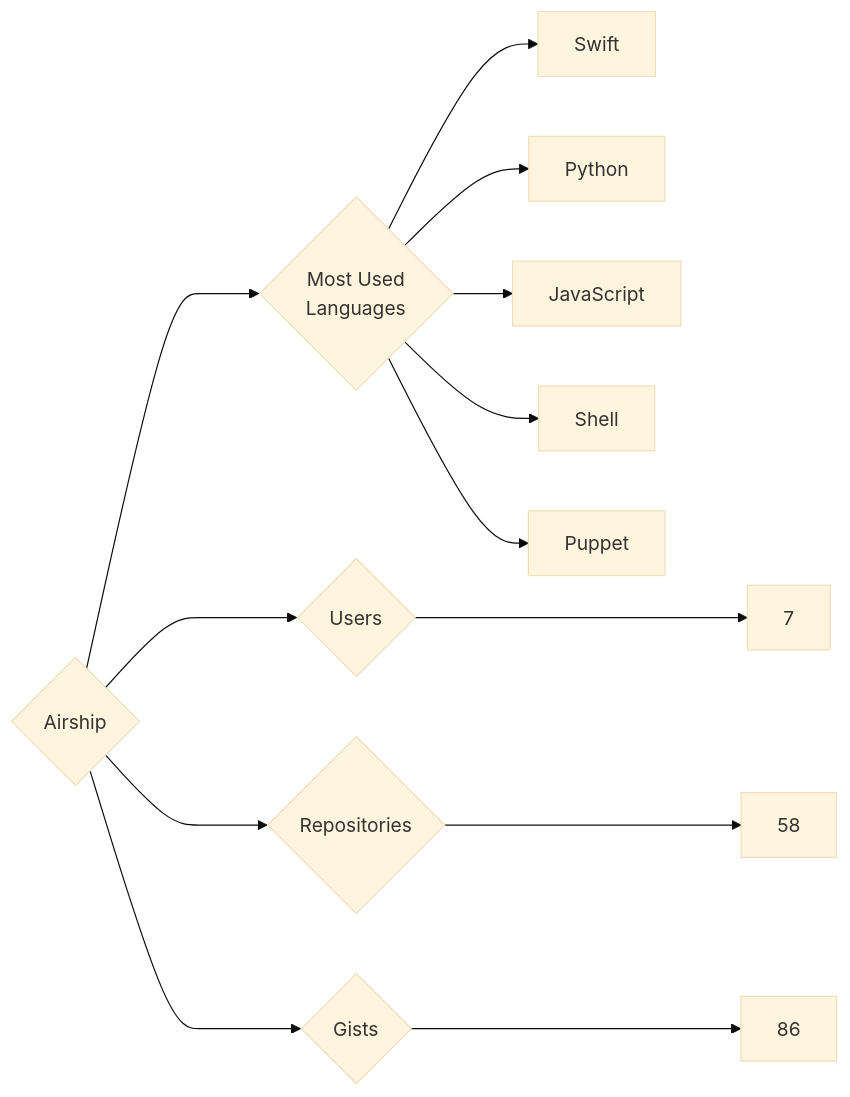
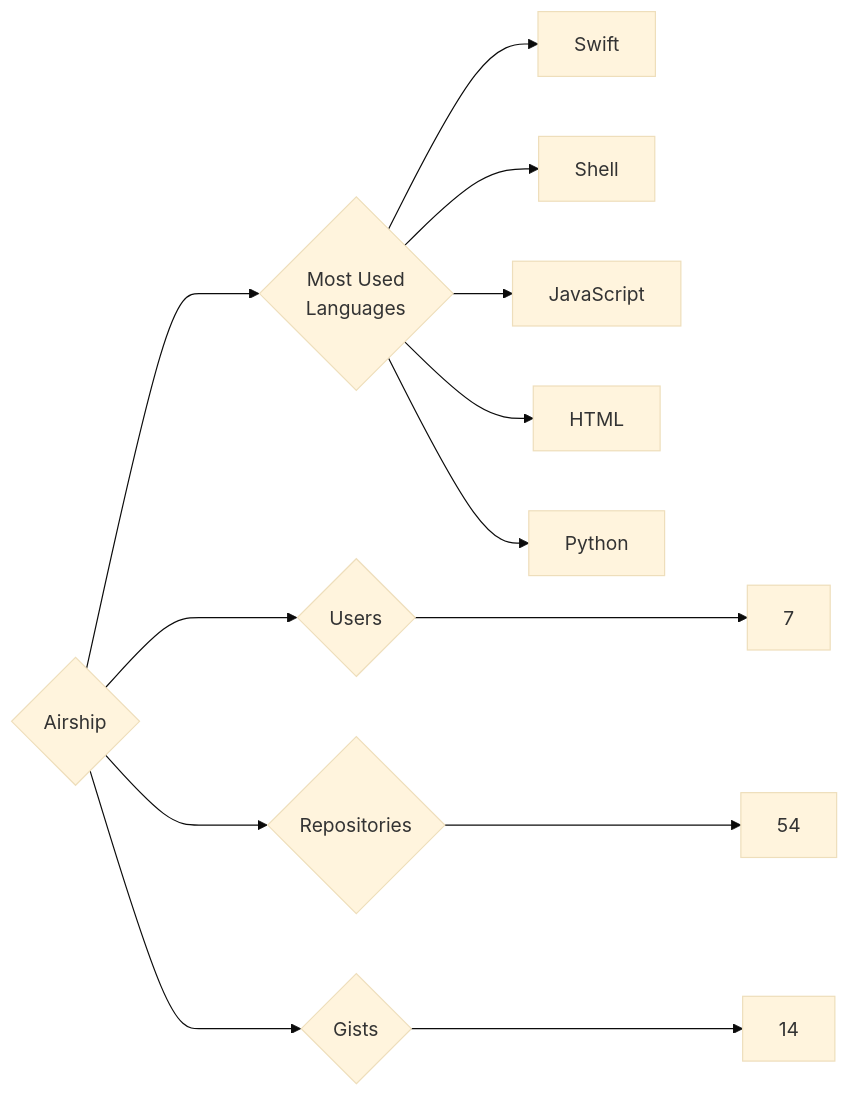
The diagram in targets/Airship/README.md (trickest/insiders), drawn with Mermaid (base theme) before and after one commit. The commit also changed 857 other files, not shown here.

````diff
--- a/targets/Airship/README.md
+++ b/targets/Airship/README.md
@@ -3,13 +3,13 @@
 ```mermaid
 graph LR
 COMPANY_NAME{Airship}
 COMPANY_NAME ---> U{Users} ---> UN[7]
-COMPANY_NAME ---> R{Repositories} ---> RN[58]
-COMPANY_NAME ---> G{Gists} ---> GN[86]
+COMPANY_NAME ---> R{Repositories} ---> RN[54]
+COMPANY_NAME ---> G{Gists} ---> GN[14]
 COMPANY_NAME ---> ML{Most Used<br>Languages}
 ML --> Swift[Swift]
+ML --> Shell[Shell]
+ML --> JavaScript[JavaScript]
+ML --> HTML[HTML]
 ML --> Python[Python]
-ML --> JavaScript[JavaScript]
-ML --> Shell[Shell]
-ML --> Puppet[Puppet]
 ```
````
